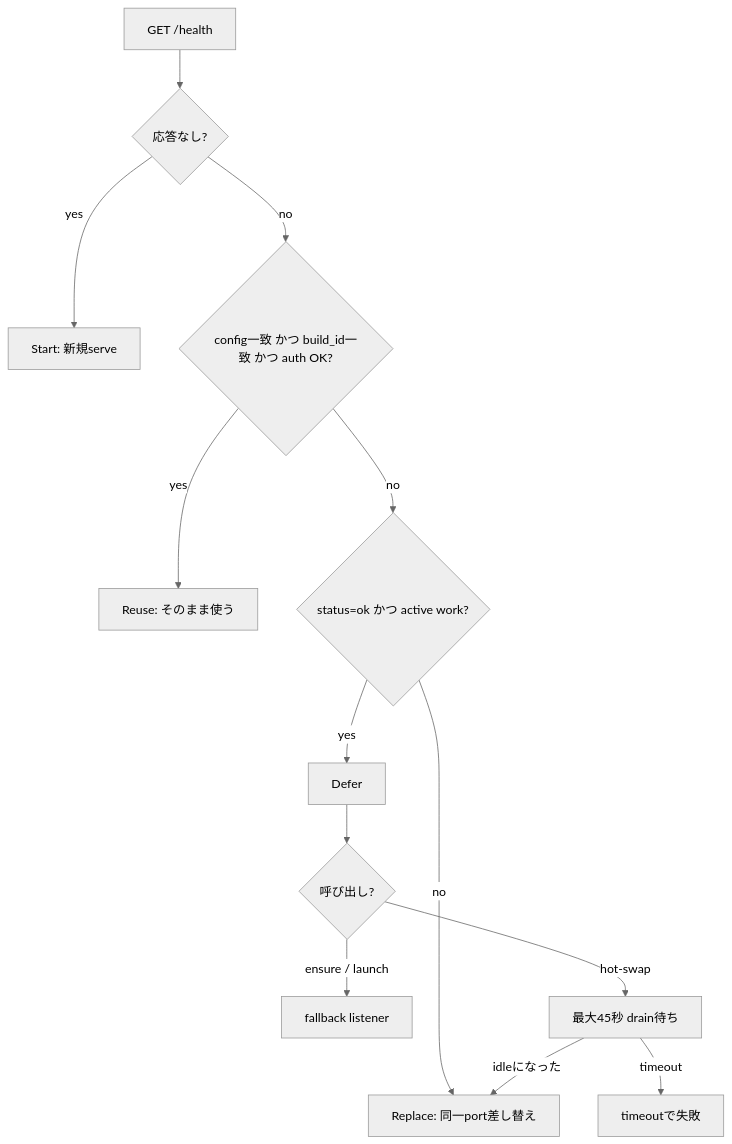
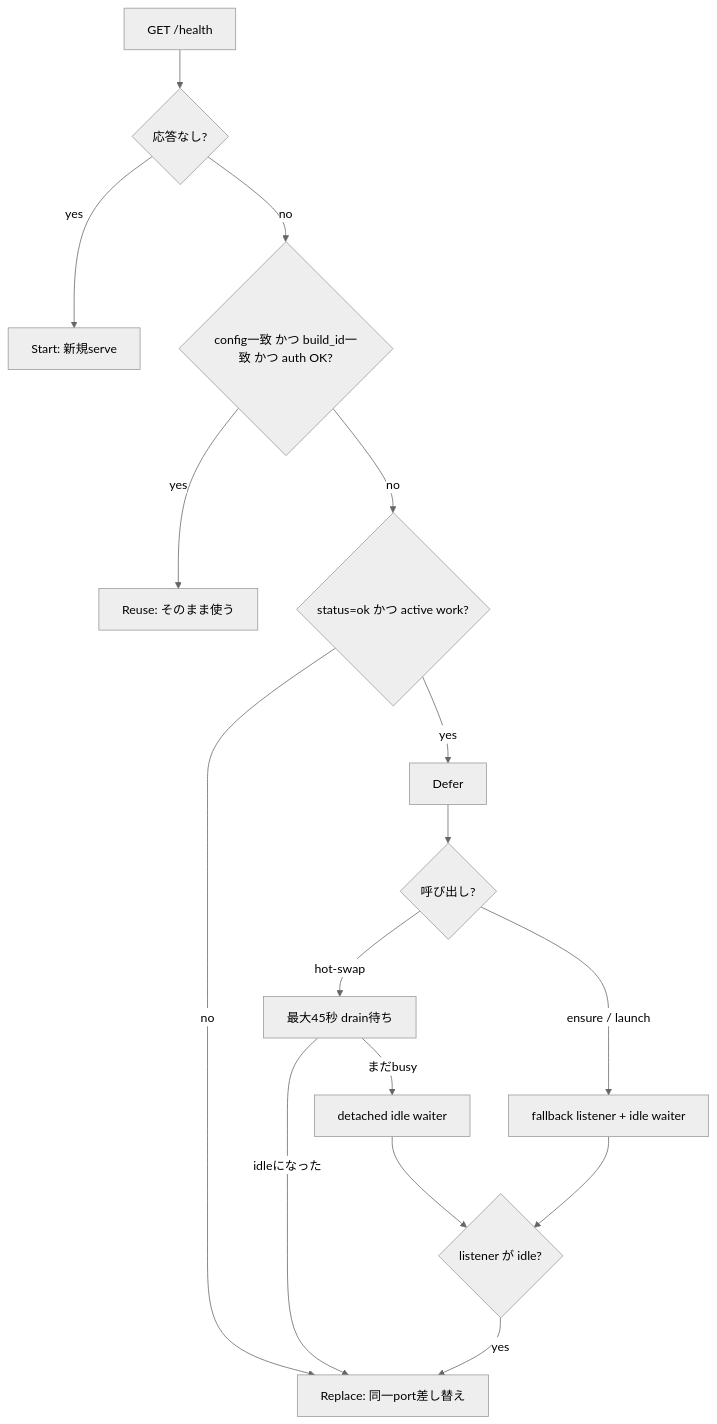
One commit to kkkaoru/dotfiles changed the second of 2 diagrams in .config/claudex/README.md. Above: the diagram before and after it, drawn with Mermaid (neutral theme). The commit also changed other lines of this file and 4 other files, not shown here.

````diff
--- a/.config/claudex/README.md
+++ b/.config/claudex/README.md
@@ -943,15 +945,18 @@
 ```mermaid
 flowchart TD
   Health["GET /health"] --> Absent{"応答なし?"}
   Absent -->|yes| Start[Start: 新規serve]
   Absent -->|no| Match{"config一致 かつ build_id一致 かつ auth OK?"}
   Match -->|yes| Reuse[Reuse: そのまま使う]
   Match -->|no| Busy{"status=ok かつ active work?"}
   Busy -->|yes| Defer[Defer]
   Busy -->|no| Replace["Replace: 同一port差し替え"]
   Defer --> Mode{"呼び出し?"}
-  Mode -->|ensure / launch| Fallback[fallback listener]
+  Mode -->|ensure / launch| Fallback["fallback listener + idle waiter"]
   Mode -->|hot-swap| Wait["最大45秒 drain待ち"]
   Wait -->|idleになった| Replace
-  Wait -->|timeout| Error[timeoutで失敗]
+  Wait -->|まだbusy| Arm["detached idle waiter"]
+  Arm --> IdleWait{"listener が idle?"}
+  IdleWait -->|yes| Replace
+  Fallback --> IdleWait
 ```
````
